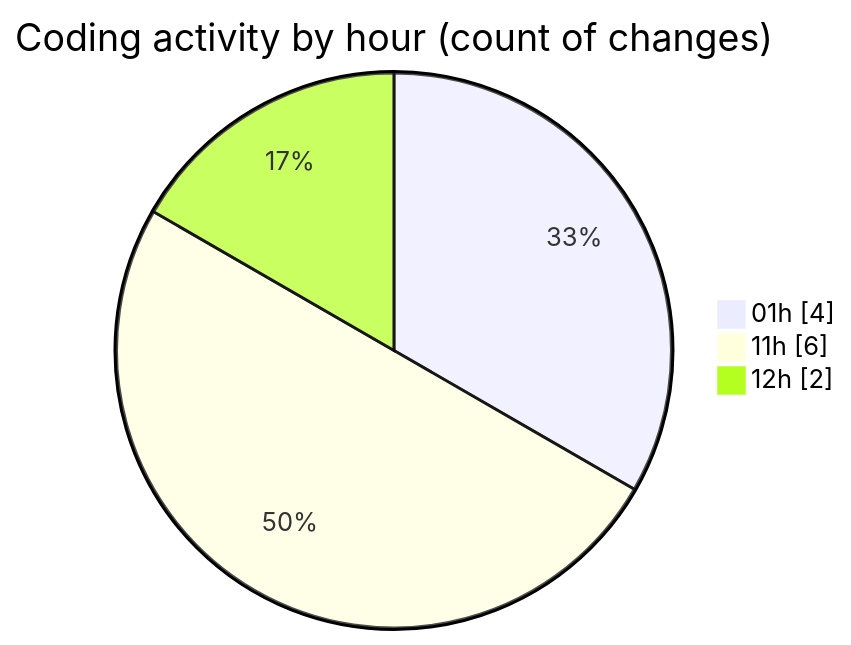
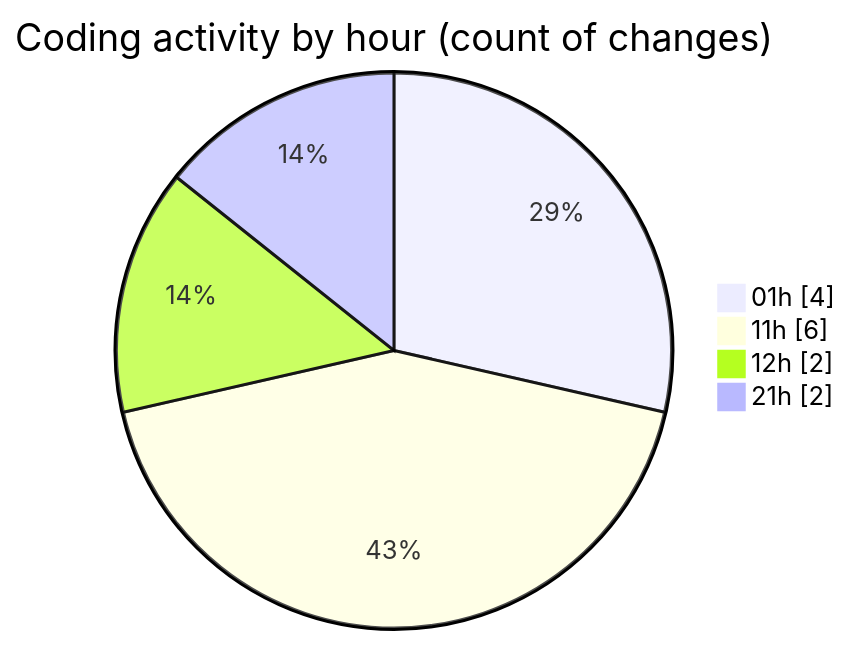
Before and after one commit to julien-gomy/code-tracking: the second of 2 diagrams in 2025-10-29/eventscop-api-guide__workspace_/README.md, drawn with Mermaid. The commit also changed other lines of this file and 1 other file, not shown here.

````diff
--- a/2025-10-29/eventscop-api-guide__workspace_/README.md
+++ b/2025-10-29/eventscop-api-guide__workspace_/README.md
@@ -32,7 +33,8 @@
 ```mermaid
 pie showData
 title Coding activity by hour (count of changes)
 "01h" : 4
 "11h" : 6
 "12h" : 2
+"21h" : 2
 ```
````
